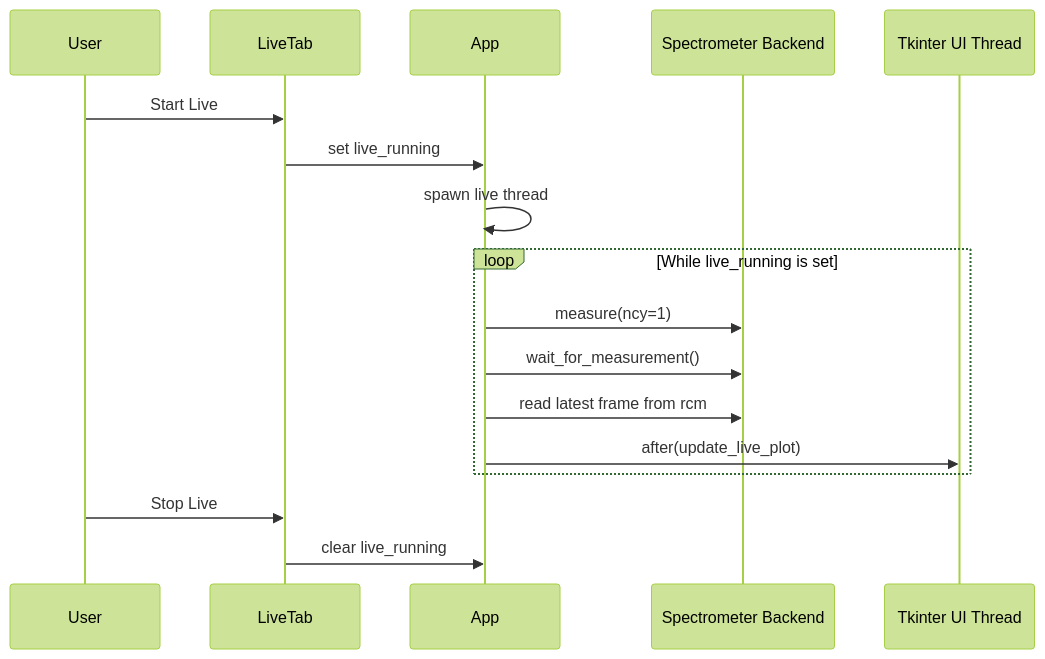
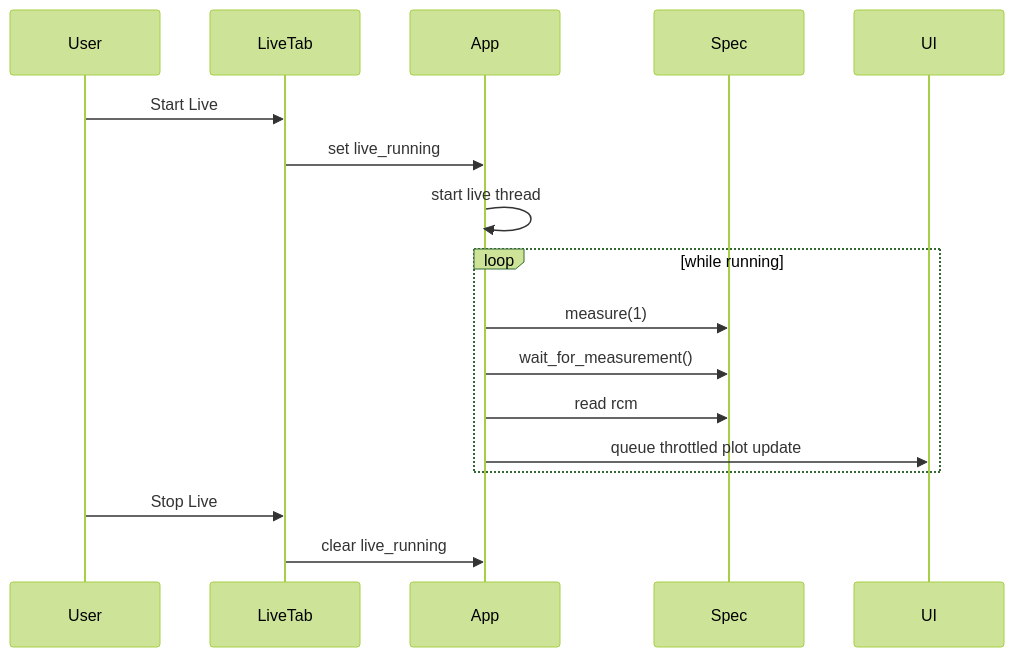
Before and after one commit to ashutoshjoshi1/SciLab-V3.2: the second of 3 diagrams in docs/system-design-document.md, drawn with Mermaid (forest theme). The commit also changed other lines of this file, not shown here.

````diff
--- a/docs/system-design-document.md
+++ b/docs/system-design-document.md
@@ -268,22 +204,22 @@
 ```mermaid
 sequenceDiagram
     participant User
     participant LiveTab
     participant App
-    participant Spec as Spectrometer Backend
-    participant UI as Tkinter UI Thread
+    participant Spec
+    participant UI
 
     User->>LiveTab: Start Live
     LiveTab->>App: set live_running
-    App->>App: spawn live thread
+    App->>App: start live thread
 
-    loop While live_running is set
-        App->>Spec: measure(ncy=1)
+    loop while running
+        App->>Spec: measure(1)
         App->>Spec: wait_for_measurement()
-        App->>Spec: read latest frame from rcm
-        App->>UI: after(update_live_plot)
+        App->>Spec: read rcm
+        App->>UI: queue throttled plot update
     end
 
     User->>LiveTab: Stop Live
     LiveTab->>App: clear live_running
 ```
````
